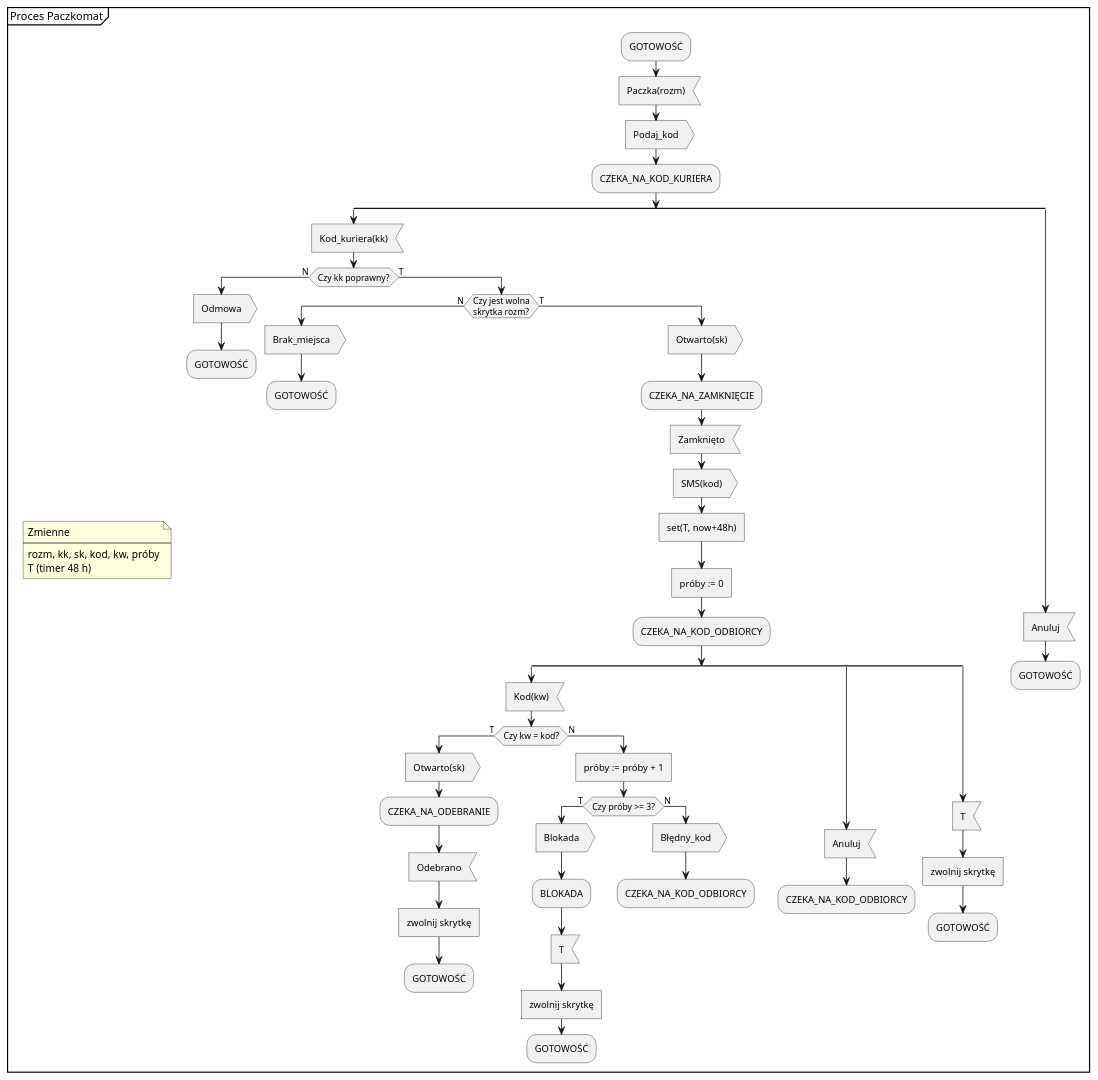
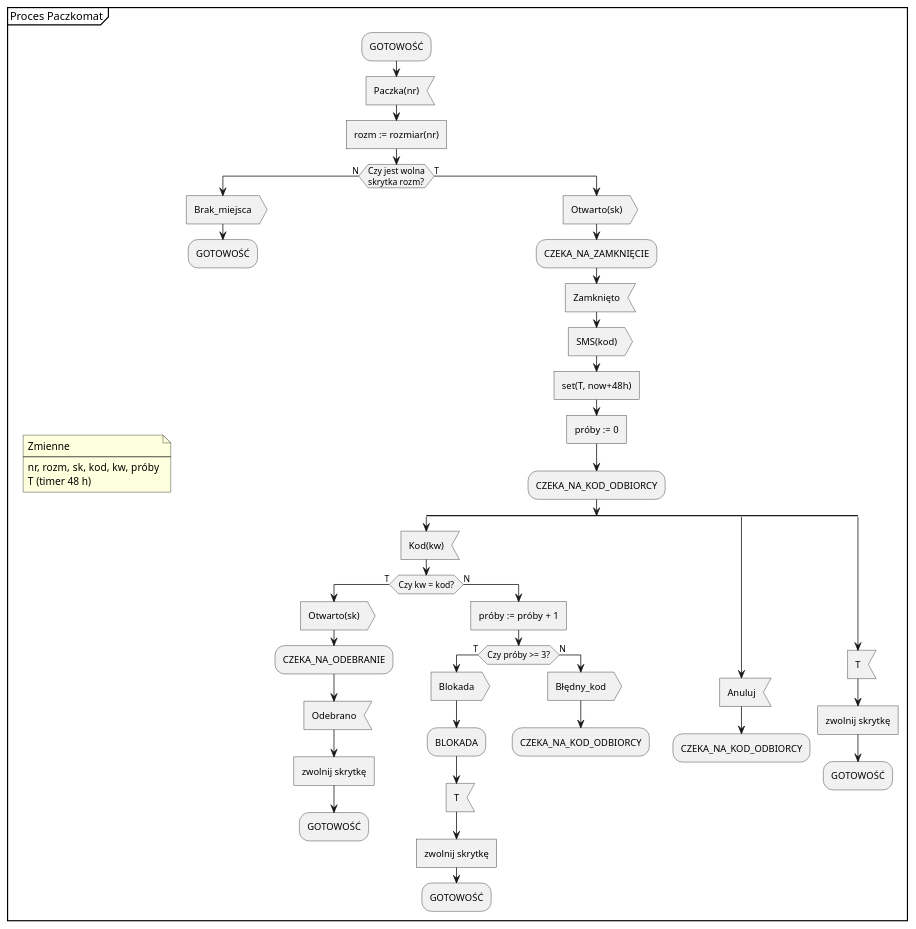
The diagram in project/parcel-locker-process.puml (al3m1x/com-soft-for-internet-of-things), drawn with PlantUML before and after one commit. The commit also changed 10 other files, not shown here.

First line of the commit message:
Simplify courier flow: scan parcel, box opens, insert and close

```diff
--- a/project/parcel-locker-process.puml
+++ b/project/parcel-locker-process.puml
@@ -1,74 +1,60 @@
 @startuml
 group Proces Paczkomat {
     note
         Zmienne
         ----
-        rozm, kk, sk, kod, kw, próby
+        nr, rozm, sk, kod, kw, próby
         T (timer 48 h)
     end note
     :GOTOWOŚĆ;
-    :Paczka(rozm); <<input>>
-    :Podaj_kod; <<output>>
-    :CZEKA_NA_KOD_KURIERA;
-    split
-        :Kod_kuriera(kk); <<input>>
-        if (Czy kk poprawny?) then (N)
-            :Odmowa; <<output>>
-            :GOTOWOŚĆ;
-            detach
-        else (T)
-            if (Czy jest wolna\nskrytka rozm?) then (N)
-                :Brak_miejsca; <<output>>
+    :Paczka(nr); <<input>>
+    :rozm := rozmiar(nr); <<task>>
+    if (Czy jest wolna\nskrytka rozm?) then (N)
+        :Brak_miejsca; <<output>>
+        :GOTOWOŚĆ;
+        detach
+    else (T)
+        :Otwarto(sk); <<output>>
+        :CZEKA_NA_ZAMKNIĘCIE;
+        :Zamknięto; <<input>>
+        :SMS(kod); <<output>>
+        :set(T, now+48h); <<task>>
+        :próby := 0; <<task>>
+        :CZEKA_NA_KOD_ODBIORCY;
+        split
+            :Kod(kw); <<input>>
+            if (Czy kw = kod?) then (T)
+                :Otwarto(sk); <<output>>
+                :CZEKA_NA_ODEBRANIE;
+                :Odebrano; <<input>>
+                :zwolnij skrytkę; <<task>>
                 :GOTOWOŚĆ;
                 detach
-            else (T)
-                :Otwarto(sk); <<output>>
-                :CZEKA_NA_ZAMKNIĘCIE;
-                :Zamknięto; <<input>>
-                :SMS(kod); <<output>>
-                :set(T, now+48h); <<task>>
-                :próby := 0; <<task>>
-                :CZEKA_NA_KOD_ODBIORCY;
-                split
-                    :Kod(kw); <<input>>
-                    if (Czy kw = kod?) then (T)
-                        :Otwarto(sk); <<output>>
-                        :CZEKA_NA_ODEBRANIE;
-                        :Odebrano; <<input>>
-                        :zwolnij skrytkę; <<task>>
-                        :GOTOWOŚĆ;
-                        detach
-                    else (N)
-                        :próby := próby + 1; <<task>>
-                        if (Czy próby >= 3?) then (T)
-                            :Blokada; <<output>>
-                            :BLOKADA;
-                            :T; <<input>>
-                            :zwolnij skrytkę; <<task>>
-                            :GOTOWOŚĆ;
-                            detach
-                        else (N)
-                            :Błędny_kod; <<output>>
-                            :CZEKA_NA_KOD_ODBIORCY;
-                            detach
-                        endif
-                    endif
-                split again
-                    :Anuluj; <<input>>
-                    :CZEKA_NA_KOD_ODBIORCY;
-                    detach
-                split again
+            else (N)
+                :próby := próby + 1; <<task>>
+                if (Czy próby >= 3?) then (T)
+                    :Blokada; <<output>>
+                    :BLOKADA;
                     :T; <<input>>
                     :zwolnij skrytkę; <<task>>
                     :GOTOWOŚĆ;
                     detach
-                end split
+                else (N)
+                    :Błędny_kod; <<output>>
+                    :CZEKA_NA_KOD_ODBIORCY;
+                    detach
+                endif
             endif
-        endif
-    split again
-        :Anuluj; <<input>>
-        :GOTOWOŚĆ;
-        detach
-    end split
+        split again
+            :Anuluj; <<input>>
+            :CZEKA_NA_KOD_ODBIORCY;
+            detach
+        split again
+            :T; <<input>>
+            :zwolnij skrytkę; <<task>>
+            :GOTOWOŚĆ;
+            detach
+        end split
+    endif
 }
 @enduml
```
